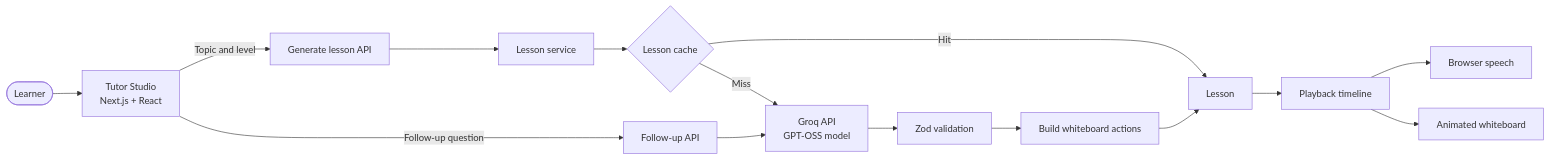
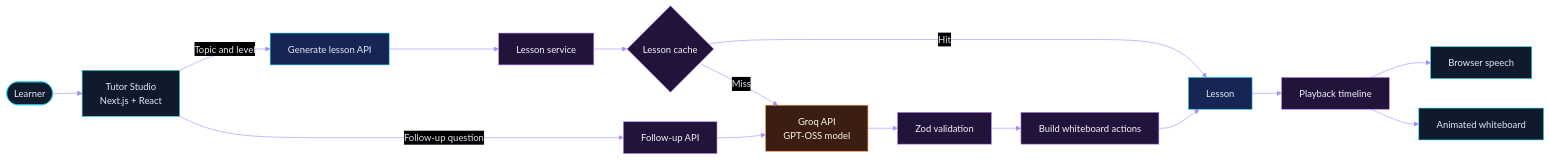
One commit to 2yb/2yb changed the first of 2 diagrams in README.md. Above: the diagram before and after it, drawn with Mermaid. The commit also changed other lines of this file and 1 other file, not shown here.

Commit message:
docs: add dark animated full-stack profile design

````diff
--- a/README.md
+++ b/README.md
@@ -63,17 +63,25 @@
 ```mermaid
+%%{init: {"theme": "base", "themeVariables": {"darkMode": true, "background": "#080b18", "primaryColor": "#172554", "primaryTextColor": "#e2e8f0", "primaryBorderColor": "#22d3ee", "lineColor": "#a78bfa", "secondaryColor": "#271447", "tertiaryColor": "#111827", "fontFamily": "Inter, Segoe UI, sans-serif"}}}%%
 flowchart LR
     learner([Learner]) --> studio["Tutor Studio<br/>Next.js + React"]
     studio -->|Topic and level| api["Generate lesson API"]
     api --> service["Lesson service"]
     service --> cache{"Lesson cache"}
     cache -->|Miss| groq["Groq API<br/>GPT-OSS model"]
     groq --> validate["Zod validation"]
     validate --> visuals["Build whiteboard actions"]
     cache -->|Hit| lesson["Lesson"]
     visuals --> lesson
     lesson --> timeline["Playback timeline"]
     timeline --> speech["Browser speech"]
     timeline --> board["Animated whiteboard"]
     studio -->|Follow-up question| followup["Follow-up API"]
     followup --> groq
+
+    classDef client fill:#101a2d,stroke:#22d3ee,color:#e2e8f0
+    classDef ai fill:#3b1d12,stroke:#fb923c,color:#fff7ed
+    classDef logic fill:#21133a,stroke:#c084fc,color:#f5f3ff
+    class learner,studio,board,speech client
+    class groq ai
+    class service,cache,validate,visuals,timeline,followup logic
 ```
````
